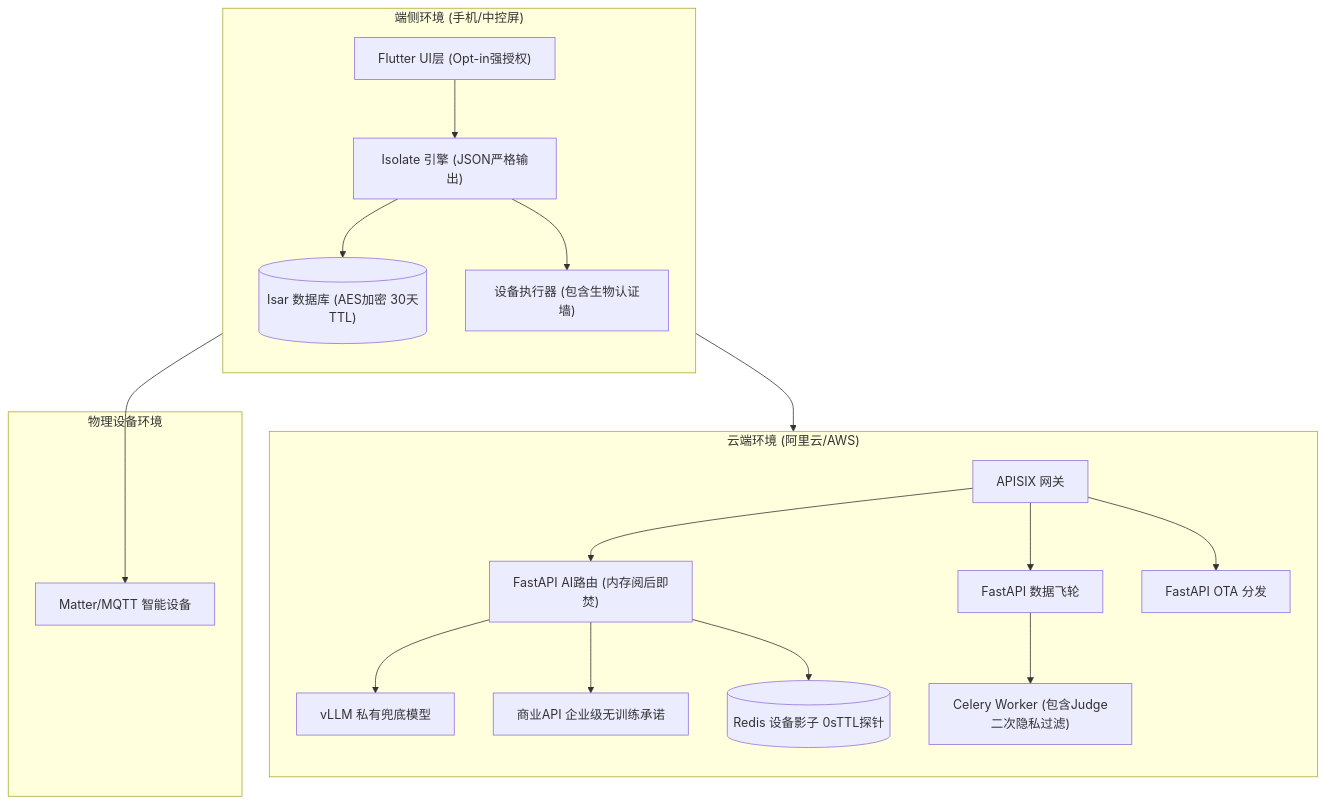
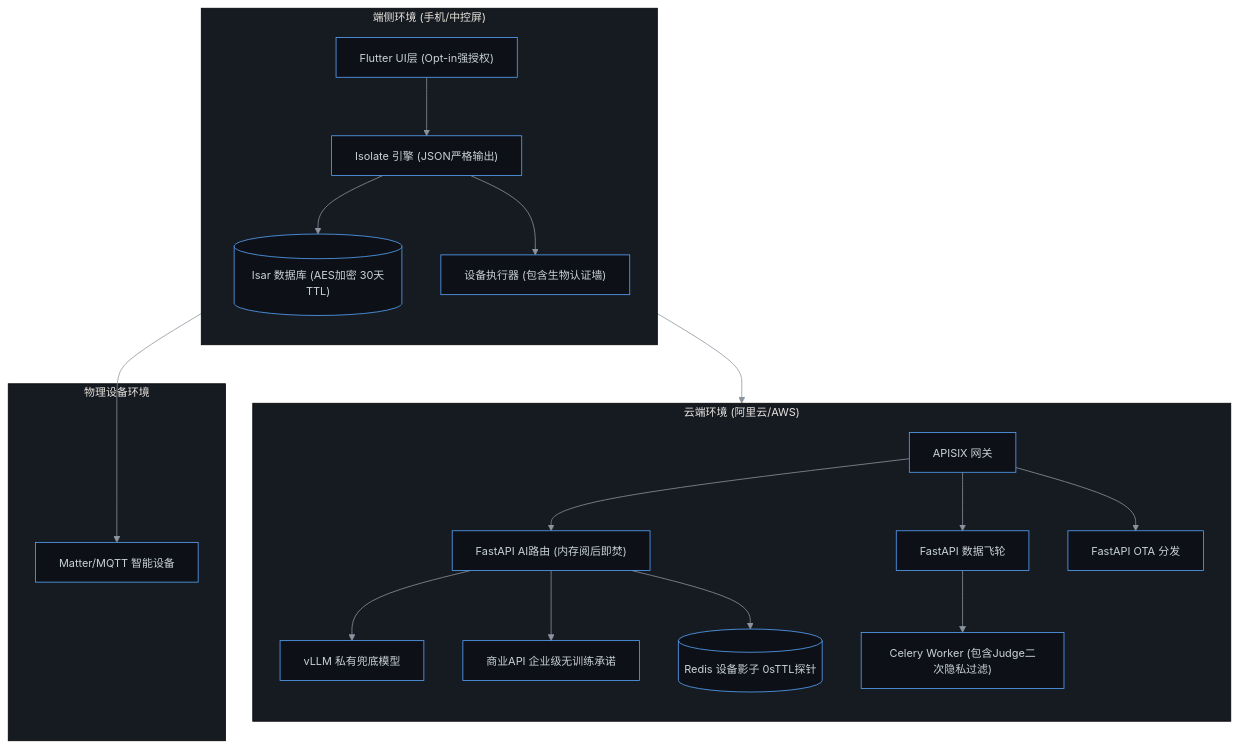
One commit to aidencck/smart_home_app_on_device_ai changed the second of 4 diagrams in README_en.md. Above: the diagram before and after it, drawn with Mermaid. The commit also changed other lines of this file and 1 other file, not shown here.

Commit message:
fix: resolve broken mermaid diagrams by adding quotes to labels and fixing syntax

````diff
--- a/README_en.md
+++ b/README_en.md
@@ -136,44 +137,45 @@
 ```mermaid
+%%{init: {'theme': 'base', 'themeVariables': { 'primaryColor': '#0d1117', 'primaryTextColor': '#c9d1d9', 'primaryBorderColor': '#58a6ff', 'lineColor': '#8b949e', 'tertiaryColor': '#161b22', 'fontFamily': 'monospace', 'fontSize': '14px'}}}%%
 flowchart TB
     subgraph edge ["端侧环境 (手机/中控屏)"]
         direction TB
         user_ui["Flutter UI层 (Opt-in强授权)"]
         isolate_engine["Isolate 引擎 (JSON严格输出)"]
         local_db[("Isar 数据库 (AES加密 30天TTL)")]
         executor["设备执行器 (包含生物认证墙)"]
     end
 
     subgraph cloud ["云端环境 (阿里云/AWS)"]
         direction TB
         api_gateway["APISIX 网关"]
         ai_router["FastAPI AI路由 (内存阅后即焚)"]
         data_flywheel["FastAPI 数据飞轮"]
         ota_service["FastAPI OTA 分发"]
         
         vllm["vLLM 私有兜底模型"]
         enterprise_api["商业API 企业级无训练承诺"]
         redis[("Redis 设备影子 0sTTL探针")]
         celery["Celery Worker (包含Judge二次隐私过滤)"]
     end
 
     subgraph hardware ["物理设备环境"]
         iot_devices["Matter/MQTT 智能设备"]
     end
 
     user_ui --> isolate_engine
     isolate_engine --> local_db
     isolate_engine --> executor
     
     user_ui --> api_gateway
     api_gateway --> ai_router
     api_gateway --> data_flywheel
     api_gateway --> ota_service
     
     ai_router --> vllm
     ai_router --> enterprise_api
     ai_router --> redis
     
     data_flywheel --> celery
     
     executor --> iot_devices
 ```
````
